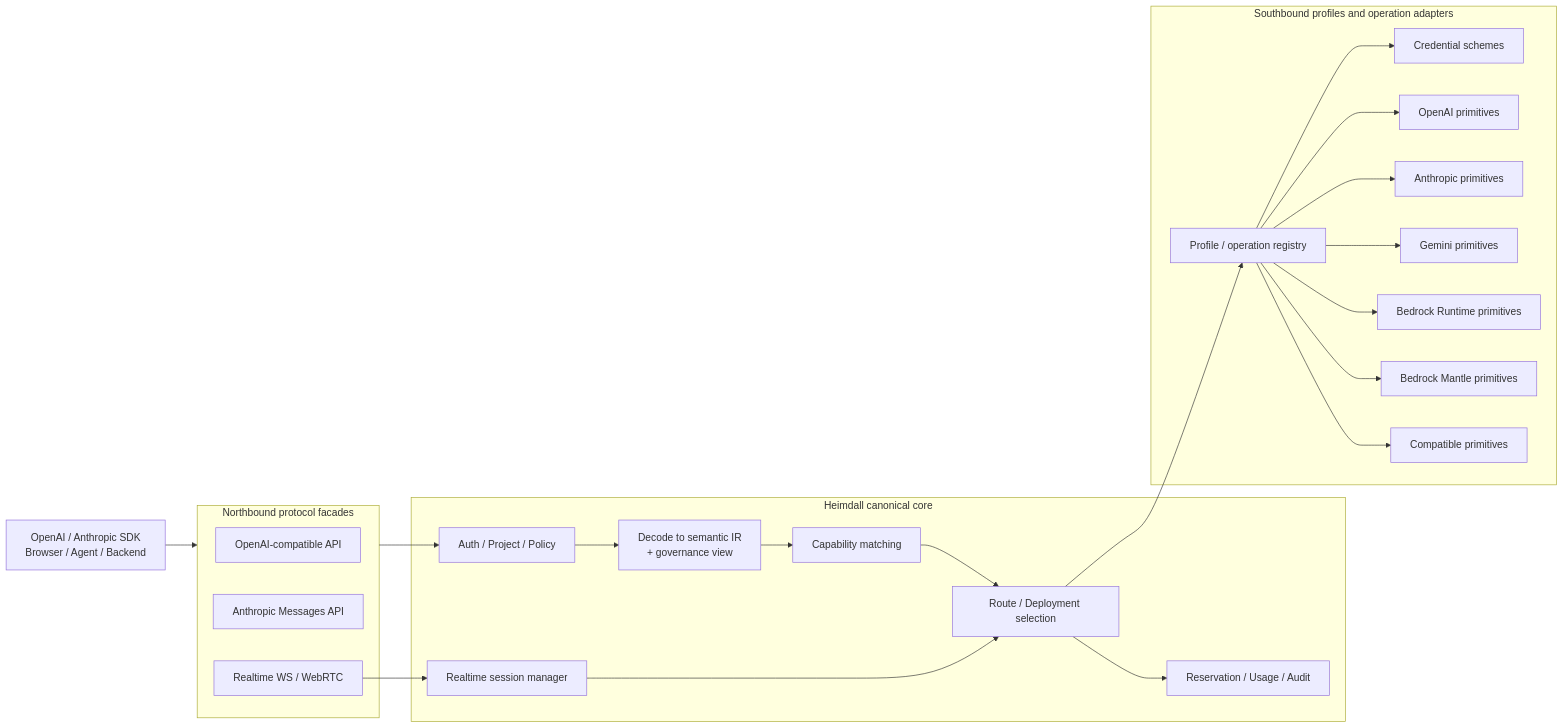
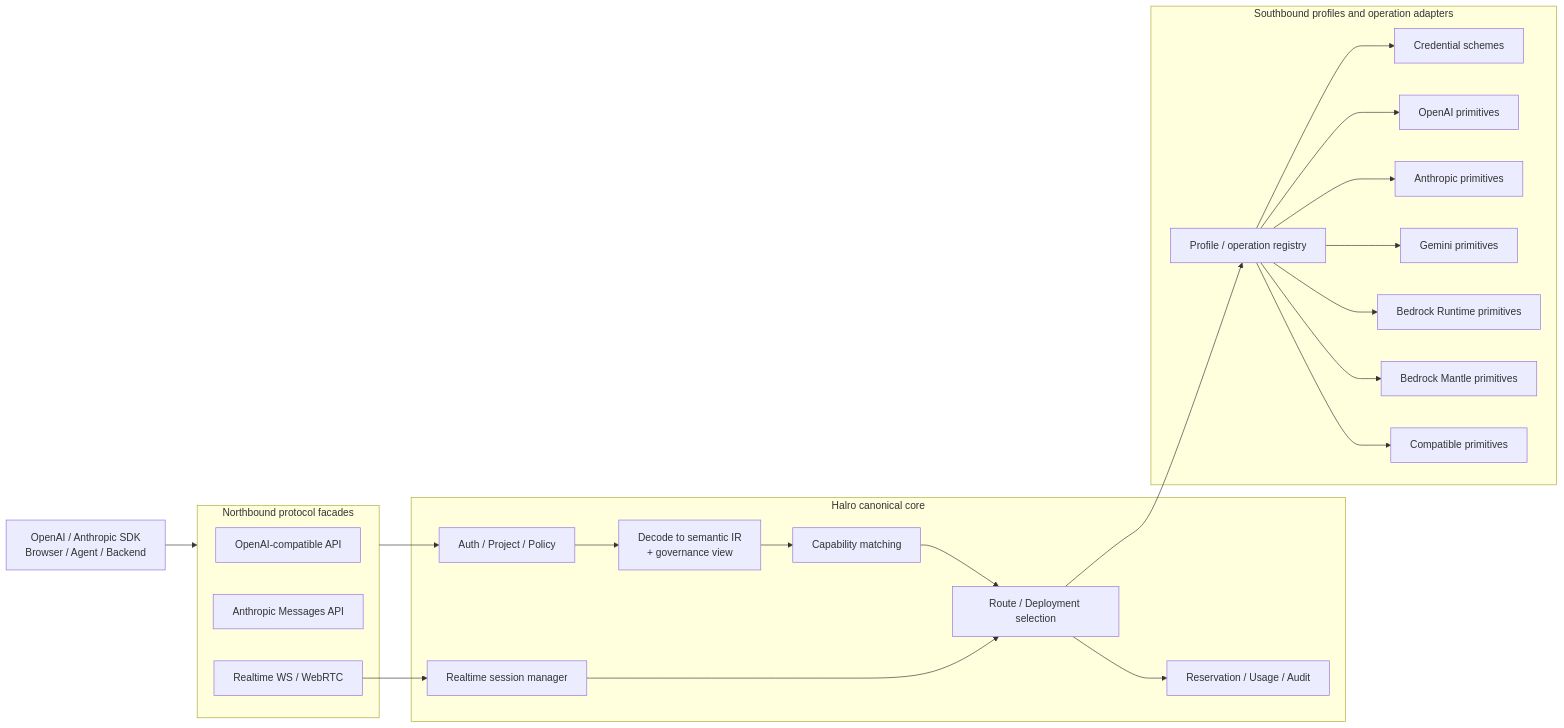
One commit to akz142857/Halro changed the first of 2 diagrams in docs/architecture/api-provider-realtime-architecture.zh-CN.md. Above: the diagram before and after it, drawn with Mermaid. The commit also changed other lines of this file and 427 other files, not shown here.

Commit message:
Rename Heimdall to Halro

````diff
--- a/docs/architecture/api-provider-realtime-architecture.zh-CN.md
+++ b/docs/architecture/api-provider-realtime-architecture.zh-CN.md
@@ -172,43 +172,43 @@
 ```mermaid
 flowchart LR
     Client["OpenAI / Anthropic SDK\nBrowser / Agent / Backend"]
 
     subgraph Northbound["Northbound protocol facades"]
         OpenAIAPI["OpenAI-compatible API"]
         AnthropicAPI["Anthropic Messages API"]
         RealtimeAPI["Realtime WS / WebRTC"]
     end
 
-    subgraph Core["Heimdall canonical core"]
+    subgraph Core["Halro canonical core"]
         Auth["Auth / Project / Policy"]
         Normalize["Decode to semantic IR\n+ governance view"]
         Capability["Capability matching"]
         Router["Route / Deployment selection"]
         Ledger["Reservation / Usage / Audit"]
         Session["Realtime session manager"]
     end
 
     subgraph Southbound["Southbound profiles and operation adapters"]
         ProfileRegistry["Profile / operation registry"]
         Credential["Credential schemes"]
         OpenAIAdapter["OpenAI primitives"]
         AnthropicAdapter["Anthropic primitives"]
         GeminiAdapter["Gemini primitives"]
         BedrockRuntime["Bedrock Runtime primitives"]
         BedrockMantle["Bedrock Mantle primitives"]
         CompatibleAdapter["Compatible primitives"]
     end
 
     Client --> Northbound
     Northbound --> Auth --> Normalize --> Capability --> Router
     Router --> ProfileRegistry
     ProfileRegistry --> Credential
     ProfileRegistry --> OpenAIAdapter
     ProfileRegistry --> AnthropicAdapter
     ProfileRegistry --> GeminiAdapter
     ProfileRegistry --> BedrockRuntime
     ProfileRegistry --> BedrockMantle
     ProfileRegistry --> CompatibleAdapter
     Router --> Ledger
     RealtimeAPI --> Session --> Router
 ```
````
